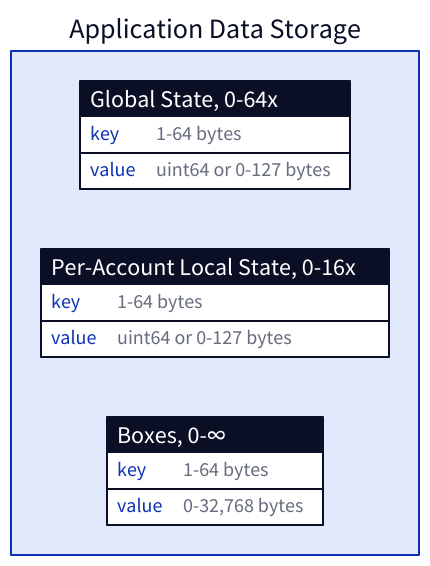
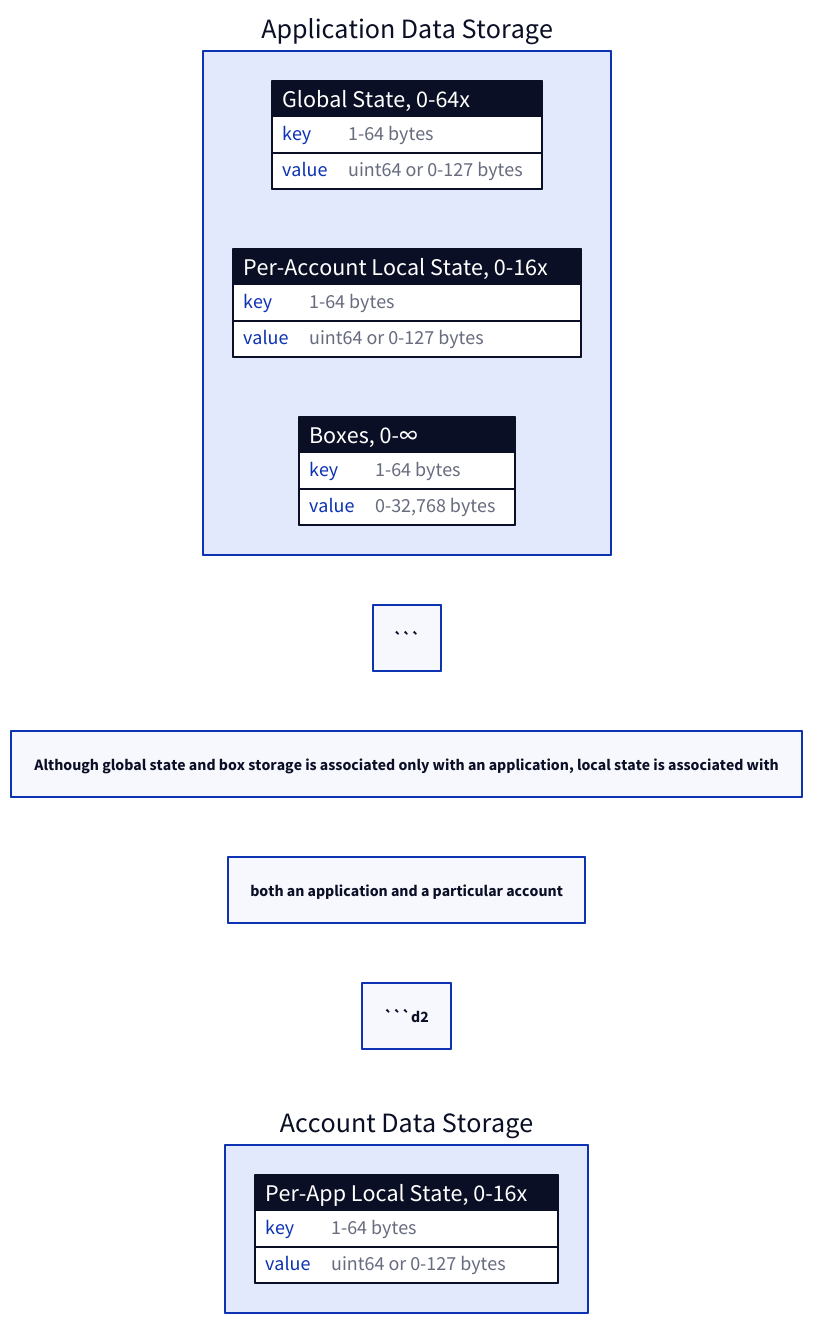
The diagram in src/content/docs/build/smart_contracts/storage/overview.mdx (marilene38/devportal), drawn with D2 before and after one commit. The commit also changed 12 other files, not shown here.

Commit message:
D2 example diagrams added

`````diff
--- a/src/content/docs/build/smart_contracts/storage/overview.mdx
+++ b/src/content/docs/build/smart_contracts/storage/overview.mdx
@@ -9,20 +9,33 @@
-```d2
+````d2
 direction: left
 Application Data Storage: {
   "Global State, 0-64x": {
     shape: sql_table
     key: 1-64 bytes
     value: uint64 or 0-127 bytes
   }
   "Per-Account Local State, 0-16x": {
     shape: sql_table
     key: 1-64 bytes
     value: uint64 or 0-127 bytes
   }
   Boxes, 0-∞: {
     shape: sql_table
     key: 1-64 bytes
     value: 0-32,768 bytes
   }
 }
 ```
+
+Although global state and box storage is associated only with an application, local state is associated with
+both an application and a particular account.
+
+```d2
+Account Data Storage: {
+  "Per-App Local State, 0-16x": {
+    shape: sql_table
+    key: 1-64 bytes
+    value: uint64 or 0-127 bytes
+  }
+}
+````
`````
